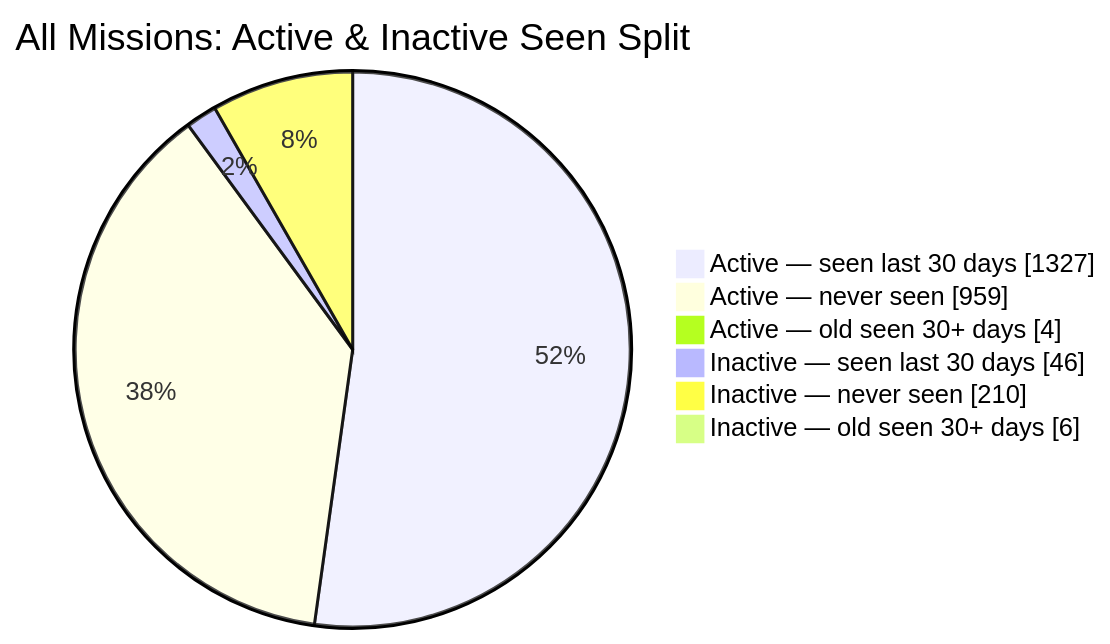
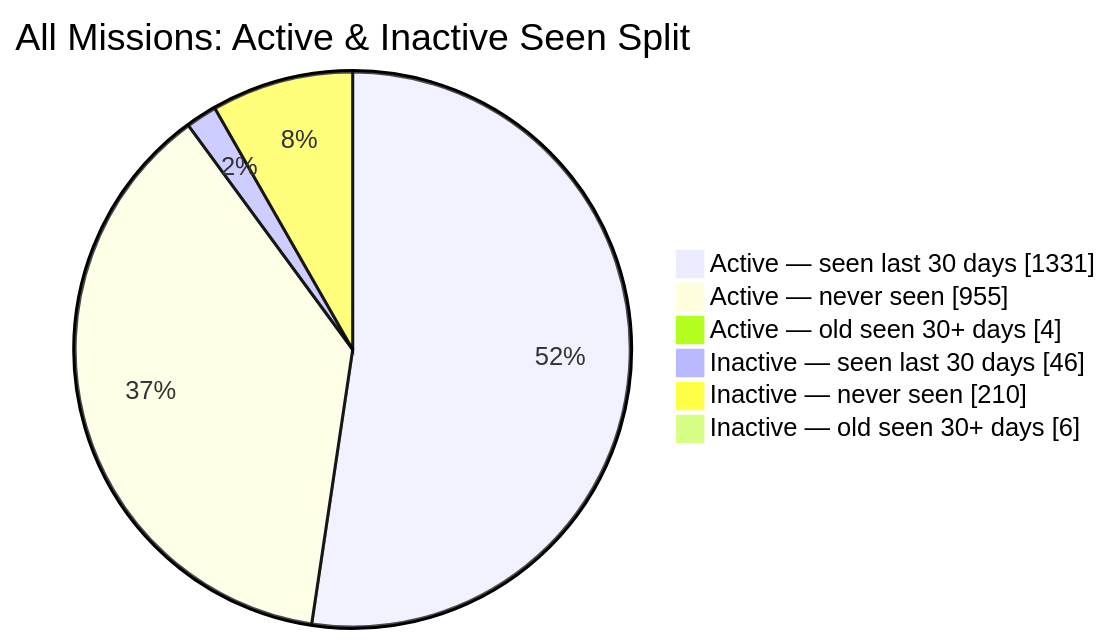
Before and after one commit to MeldkamerspelGameTeam/active-missions: the second of 2 diagrams in README.md, drawn with Mermaid. The commit also changed other lines of this file and 2 other files, not shown here.

````diff
--- a/README.md
+++ b/README.md
@@ -44,10 +44,10 @@
 ```mermaid
 pie showData
     title All Missions: Active & Inactive Seen Split
-    "Active — seen last 30 days" : 1327
-    "Active — never seen" : 959
+    "Active — seen last 30 days" : 1331
+    "Active — never seen" : 955
     "Active — old seen 30+ days" : 4
     "Inactive — seen last 30 days" : 46
     "Inactive — never seen" : 210
     "Inactive — old seen 30+ days" : 6
 ```
````
